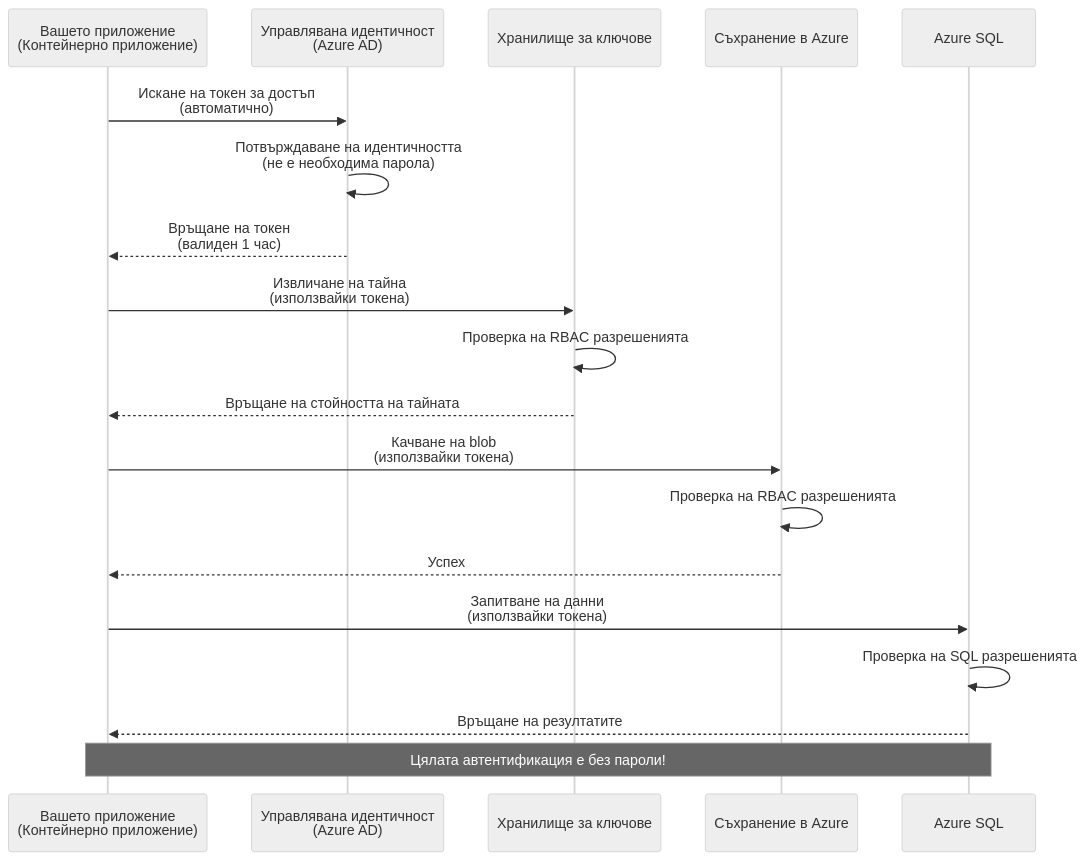
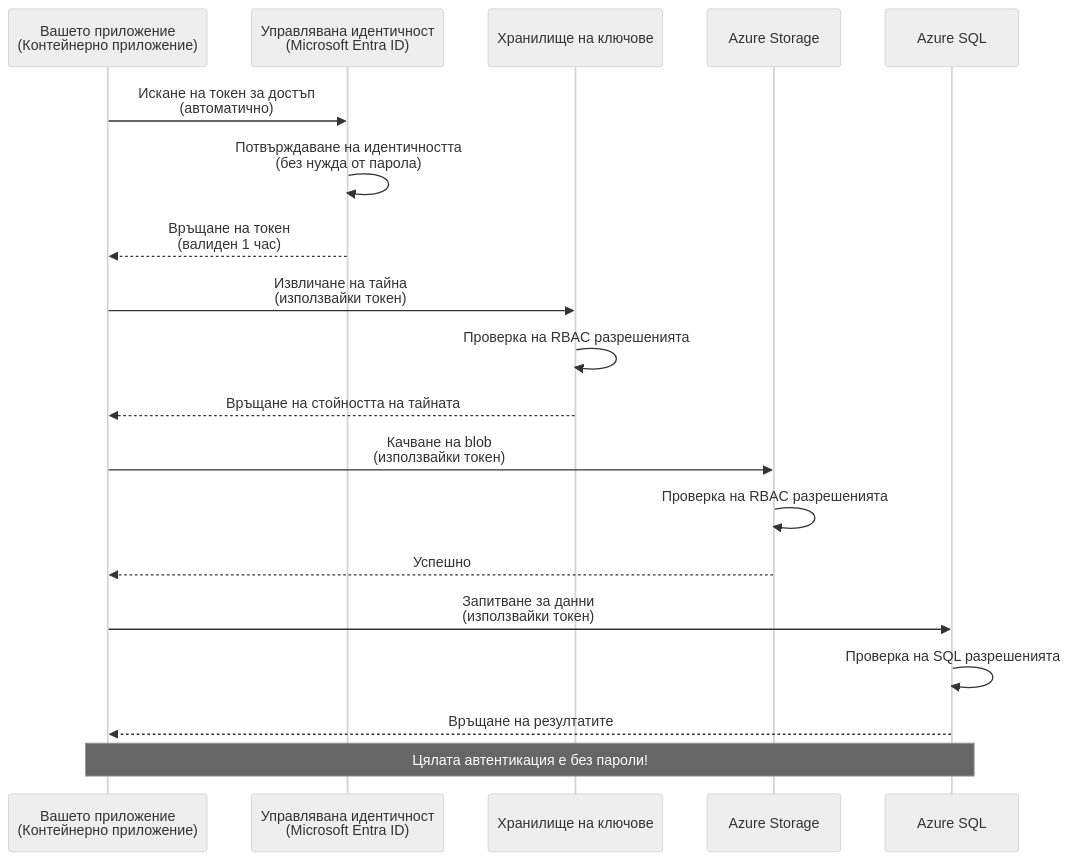
Before and after one commit to microsoft/AZD-for-beginners: the first of 2 diagrams in translations/bg/docs/chapter-03-configuration/authsecurity.md, drawn with Mermaid (neutral theme). The commit also changed other lines of this file and 104 other files, not shown here.

````diff
--- a/translations/bg/docs/chapter-03-configuration/authsecurity.md
+++ b/translations/bg/docs/chapter-03-configuration/authsecurity.md
@@ -69,26 +69,26 @@
 ```mermaid
 sequenceDiagram
     participant App as Вашето приложение<br/>(Контейнерно приложение)
-    participant MI as Управлявана идентичност<br/>(Azure AD)
-    participant KV as Хранилище за ключове
-    participant Storage as Съхранение в Azure
+    participant MI as Управлявана идентичност<br/>(Microsoft Entra ID)
+    participant KV as Хранилище на ключове
+    participant Storage as Azure Storage
     participant DB as Azure SQL
     
     App->>MI: Искане на токен за достъп<br/>(автоматично)
-    MI->>MI: Потвърждаване на идентичността<br/>(не е необходима парола)
+    MI->>MI: Потвърждаване на идентичността<br/>(без нужда от парола)
     MI-->>App: Връщане на токен<br/>(валиден 1 час)
     
-    App->>KV: Извличане на тайна<br/>(използвайки токена)
+    App->>KV: Извличане на тайна<br/>(използвайки токен)
     KV->>KV: Проверка на RBAC разрешенията
     KV-->>App: Връщане на стойността на тайната
     
-    App->>Storage: Качване на blob<br/>(използвайки токена)
+    App->>Storage: Качване на blob<br/>(използвайки токен)
     Storage->>Storage: Проверка на RBAC разрешенията
-    Storage-->>App: Успех
+    Storage-->>App: Успешно
     
-    App->>DB: Запитване на данни<br/>(използвайки токена)
+    App->>DB: Запитване за данни<br/>(използвайки токен)
     DB->>DB: Проверка на SQL разрешенията
     DB-->>App: Връщане на резултатите
     
-    Note over App,DB: Цялата автентификация е без пароли!
+    Note over App,DB: Цялата автентикация е без пароли!
 ```
````
